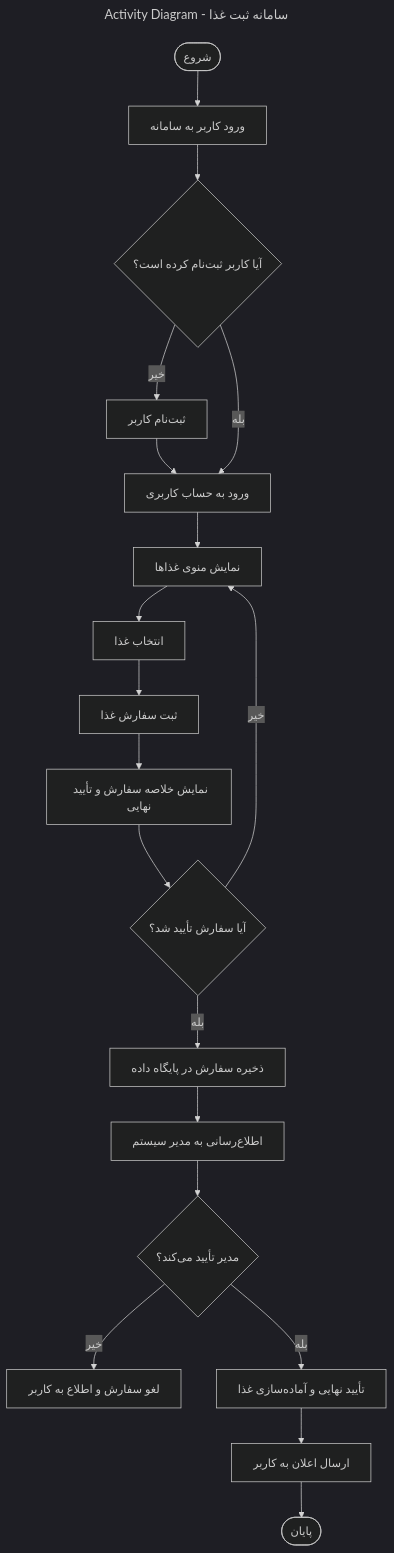
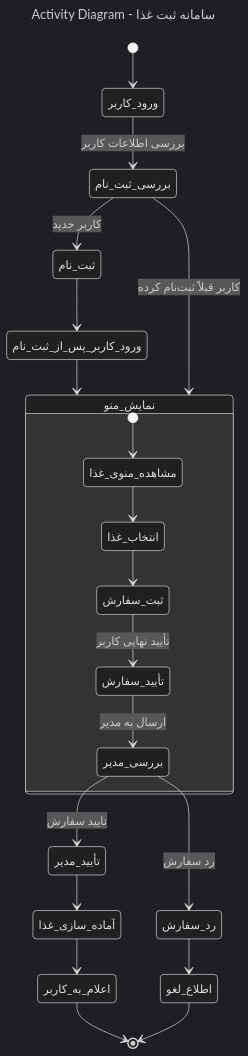
One commit to negarebrahimi838383-cmyk/UniversityFoodReservationProgram changed the diagram in docs/Activity_diagram.mmd. Above: the diagram before and after it, drawn with Mermaid (dark theme).

```diff
--- a/docs/Activity_diagram.mmd
+++ b/docs/Activity_diagram.mmd
@@ -1,23 +1,28 @@
 ---
 title: Activity Diagram - سامانه ثبت غذا
 ---
 
-flowchart TD
-    A([شروع]) --> B[ورود کاربر به سامانه]
-    B --> C{آیا کاربر ثبت‌نام کرده است؟}
-    C -- خیر --> D[ثبت‌نام کاربر]
-    D --> E[ورود به حساب کاربری]
-    C -- بله --> E
-    E --> F[نمایش منوی غذاها]
-    F --> G[انتخاب غذا]
-    G --> H[ثبت سفارش غذا]
-    H --> I[نمایش خلاصه سفارش و تأیید نهایی]
-    I --> J{آیا سفارش تأیید شد؟}
-    J -- خیر --> F
-    J -- بله --> K[ذخیره سفارش در پایگاه داده]
-    K --> L[اطلاع‌رسانی به مدیر سیستم]
-    L --> M{مدیر تأیید می‌کند؟}
-    M -- خیر --> N[لغو سفارش و اطلاع به کاربر]
-    M -- بله --> O[تأیید نهایی و آماده‌سازی غذا]
-    O --> P[ارسال اعلان به کاربر]
-    P --> Q([پایان])
+stateDiagram-v2
+    [*] --> ورود_کاربر
+    ورود_کاربر --> بررسی_ثبت_نام : بررسی اطلاعات کاربر
+    بررسی_ثبت_نام --> ثبت_نام : کاربر جدید
+    ثبت_نام --> ورود_کاربر_پس_از_ثبت_نام
+    ورود_کاربر_پس_از_ثبت_نام --> نمایش_منو
+
+    بررسی_ثبت_نام --> نمایش_منو : کاربر قبلاً ثبت‌نام کرده
+
+    state نمایش_منو {
+        [*] --> مشاهده_منوی_غذا
+        مشاهده_منوی_غذا --> انتخاب_غذا
+        انتخاب_غذا --> ثبت_سفارش
+        ثبت_سفارش --> تأیید_سفارش : تأیید نهایی کاربر
+        تأیید_سفارش --> بررسی_مدیر : ارسال به مدیر
+    }
+
+    بررسی_مدیر --> تأیید_مدیر : تایید سفارش
+    بررسی_مدیر --> رد_سفارش : رد سفارش
+    تأیید_مدیر --> آماده_سازی_غذا
+    آماده_سازی_غذا --> اعلام_به_کاربر
+    اعلام_به_کاربر --> [*]
+    رد_سفارش --> اطلاع_لغو
+    اطلاع_لغو --> [*]
```
